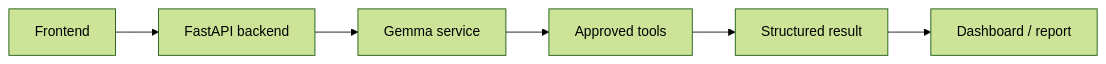
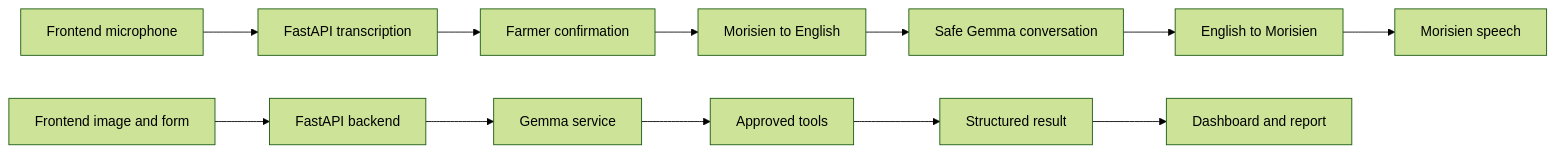
One commit to flamingdemon1/rekolt-alert changed the diagram in docs/architecture.md. Above: the diagram before and after it, drawn with Mermaid (forest theme). The commit also changed other lines of this file and 138 other files, not shown here.

````diff
--- a/docs/architecture.md
+++ b/docs/architecture.md
@@ -5,8 +7,15 @@
 ```mermaid
 flowchart LR
-    A["Frontend"] --> B["FastAPI backend"]
-    B --> C["Gemma service"]
-    C --> D["Approved tools"]
-    D --> E["Structured result"]
-    E --> F["Dashboard / report"]
+    A["Frontend microphone"] --> B["FastAPI transcription"]
+    B --> C["Farmer confirmation"]
+    C --> D["Morisien to English"]
+    D --> E["Safe Gemma conversation"]
+    E --> F["English to Morisien"]
+    F --> G["Morisien speech"]
+
+    H["Frontend image and form"] --> I["FastAPI backend"]
+    I --> J["Gemma service"]
+    J --> K["Approved tools"]
+    K --> L["Structured result"]
+    L --> M["Dashboard and report"]
 ```
````
